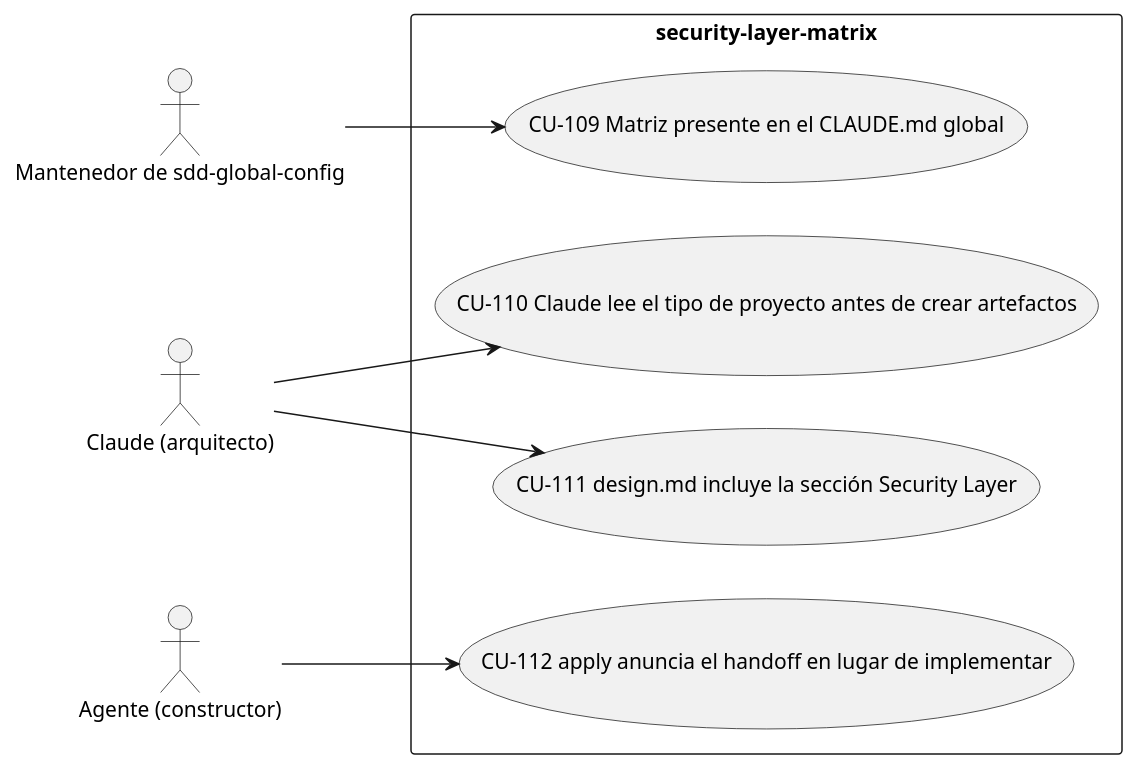
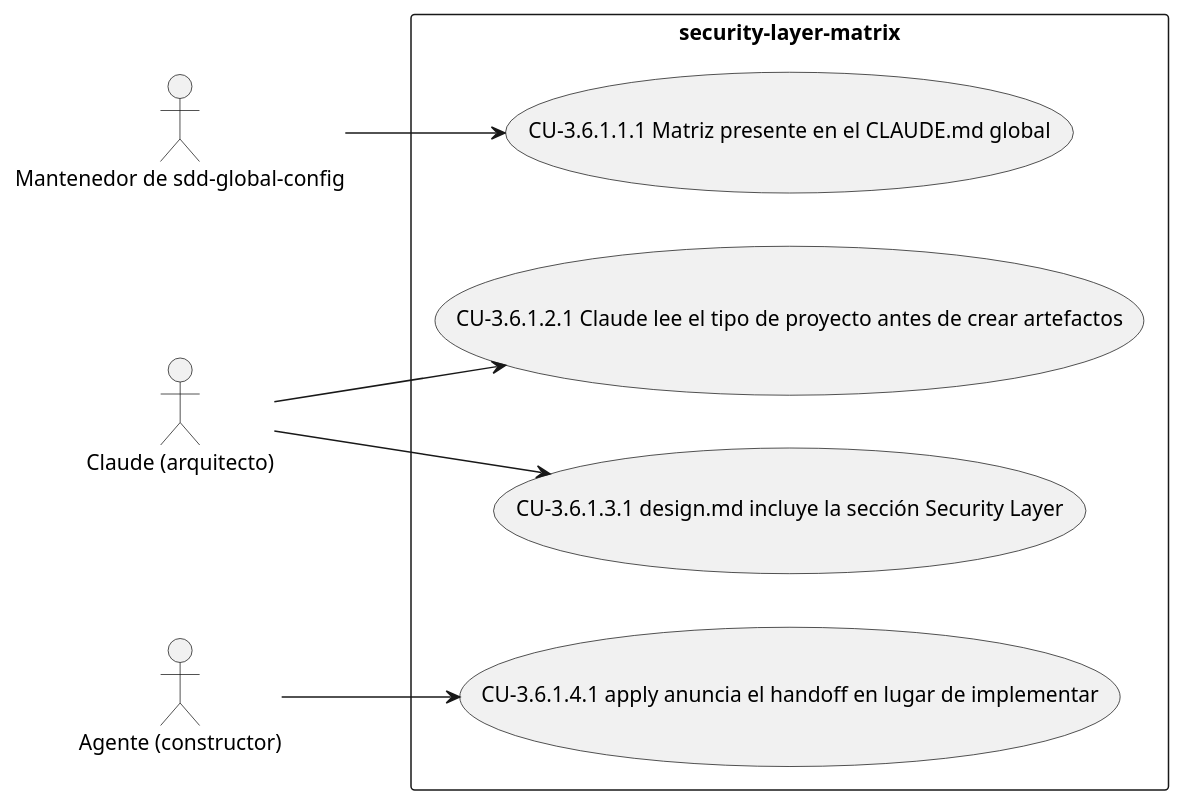
Before and after one commit to Lautaro-Montecchiani/sdd-global-config: the tenth of 10 diagrams in docs/srs.md, drawn with PlantUML. The commit also changed other lines of this file and 1 other file, not shown here.

````diff
--- a/docs/srs.md
+++ b/docs/srs.md
@@ -1112,18 +1162,18 @@
 ```plantuml
 @startuml
 left to right direction
 actor "Mantenedor de sdd-global-config" as A1
 actor "Claude (arquitecto)" as A2
 actor "Agente (constructor)" as A3
 rectangle "security-layer-matrix" {
-  usecase "CU-109 Matriz presente en el CLAUDE.md global" as CU109
-  usecase "CU-110 Claude lee el tipo de proyecto antes de crear artefactos" as CU110
-  usecase "CU-111 design.md incluye la sección Security Layer" as CU111
-  usecase "CU-112 apply anuncia el handoff en lugar de implementar" as CU112
+  usecase "CU-3.6.1.1.1 Matriz presente en el CLAUDE.md global" as UC_3_6_1_1_1
+  usecase "CU-3.6.1.2.1 Claude lee el tipo de proyecto antes de crear artefactos" as UC_3_6_1_2_1
+  usecase "CU-3.6.1.3.1 design.md incluye la sección Security Layer" as UC_3_6_1_3_1
+  usecase "CU-3.6.1.4.1 apply anuncia el handoff en lugar de implementar" as UC_3_6_1_4_1
 }
-A1 --> CU109
-A2 --> CU110
-A2 --> CU111
-A3 --> CU112
+A1 --> UC_3_6_1_1_1
+A2 --> UC_3_6_1_2_1
+A2 --> UC_3_6_1_3_1
+A3 --> UC_3_6_1_4_1
 @enduml
 ```
````
